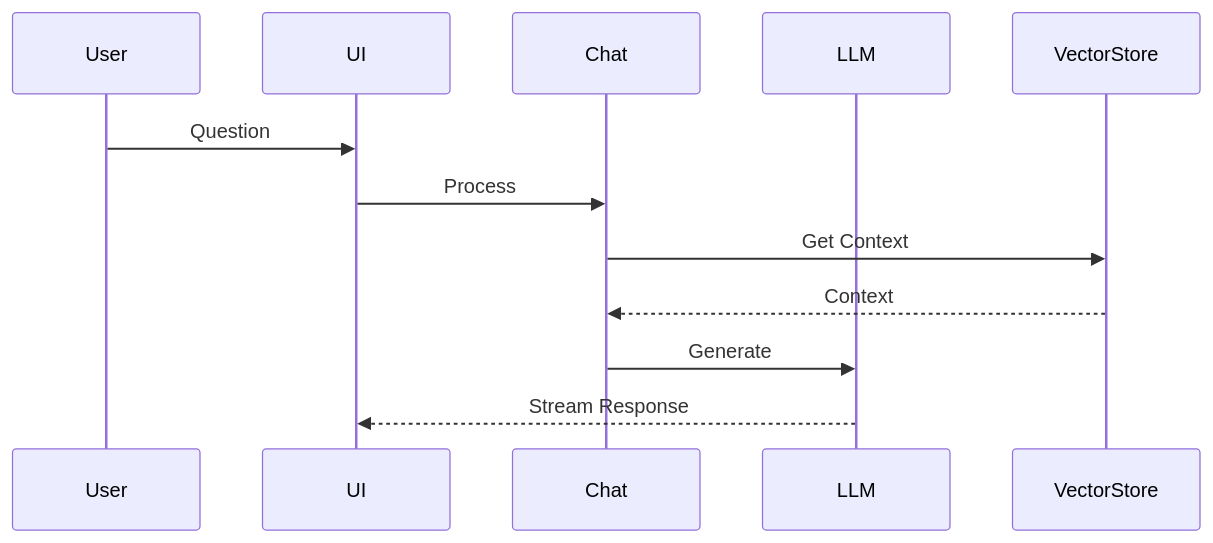
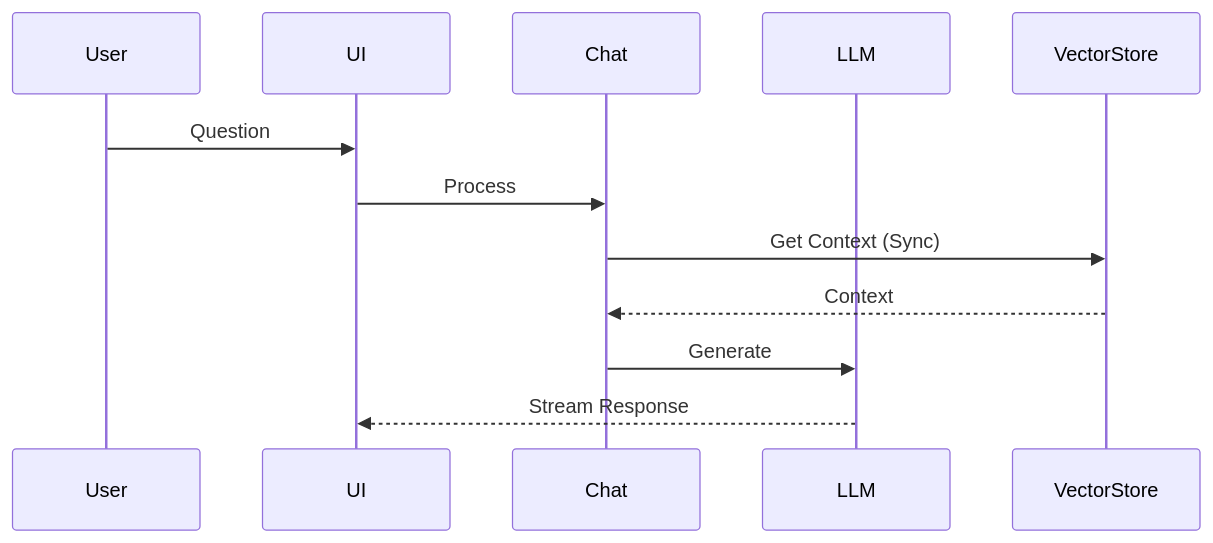
One commit to laialex501/lorechat-container changed the third of 4 diagrams in memory-bank/systemPatterns.md. Above: the diagram before and after it, drawn with Mermaid. The commit also changed other lines of this file and 27 other files, not shown here.

````diff
--- a/memory-bank/systemPatterns.md
+++ b/memory-bank/systemPatterns.md
@@ -58,15 +57,15 @@
 ```mermaid
 sequenceDiagram
     participant U as User
     participant UI as UI
     participant C as Chat
     participant L as LLM
     participant V as VectorStore
     
     U->>UI: Question
     UI->>C: Process
-    C->>V: Get Context
+    C->>V: Get Context (Sync)
     V-->>C: Context
     C->>L: Generate
     L-->>UI: Stream Response
 ```
````
